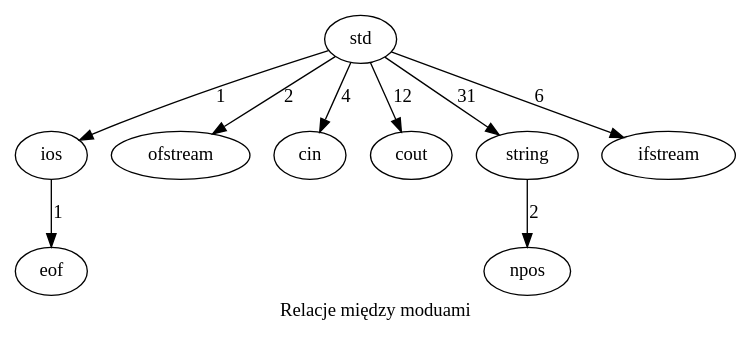
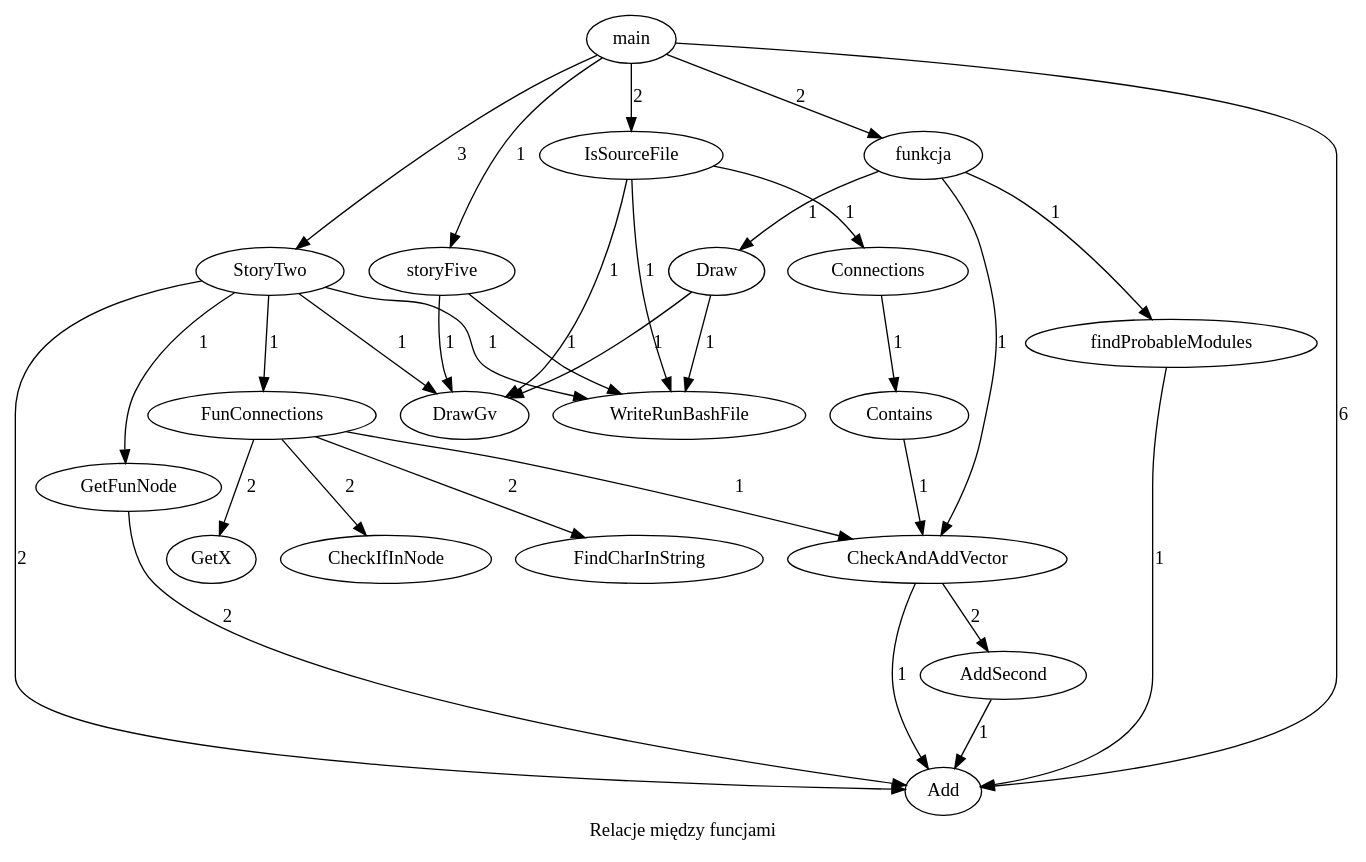
The diagram in Data.gv (Work-In-Progress-Bananna-Knife/A-La-Projet-Un-), drawn with Graphviz before and after one commit. The commit also changed 7 other files, not shown here.

```diff
--- a/Data.gv
+++ b/Data.gv
@@ -1,10 +1,33 @@
 digraph foo{
-label ="Relacje między moduami""std"->"ios" [label = "1"];
-"std"->"ofstream" [label = "2"];
-"std"->"cin" [label = "4"];
-"std"->"cout" [label = "12"];
-"std"->"string" [label = "31"];
-"std"->"ifstream" [label = "6"];
-"string"->"npos" [label = "2"];
-"ios"->"eof" [label = "1"];
+label ="Relacje między funcjami""main"->"storyFive" [label = "1"];
+"main"->"funkcja" [label = "2"];
+"main"->"StoryTwo" [label = "3"];
+"main"->"IsSourceFile" [label = "2"];
+"main"->"Add" [label = "6"];
+"AddSecond"->"Add" [label = "1"];
+"IsSourceFile"->"WriteRunBashFile" [label = "1"];
+"IsSourceFile"->"DrawGv" [label = "1"];
+"IsSourceFile"->"Connections" [label = "1"];
+"Contains"->"CheckAndAddVector" [label = "1"];
+"Connections"->"Contains" [label = "1"];
+"GetFunNode"->"Add" [label = "2"];
+"StoryTwo"->"WriteRunBashFile" [label = "1"];
+"StoryTwo"->"DrawGv" [label = "1"];
+"StoryTwo"->"FunConnections" [label = "1"];
+"StoryTwo"->"GetFunNode" [label = "1"];
+"StoryTwo"->"Add" [label = "2"];
+"FunConnections"->"FindCharInString" [label = "2"];
+"FunConnections"->"CheckAndAddVector" [label = "1"];
+"FunConnections"->"GetX" [label = "2"];
+"FunConnections"->"CheckIfInNode" [label = "2"];
+"CheckAndAddVector"->"Add" [label = "1"];
+"CheckAndAddVector"->"AddSecond" [label = "2"];
+"storyFive"->"WriteRunBashFile" [label = "1"];
+"storyFive"->"DrawGv" [label = "1"];
+"funkcja"->"Draw" [label = "1"];
+"funkcja"->"CheckAndAddVector" [label = "1"];
+"funkcja"->"findProbableModules" [label = "1"];
+"findProbableModules"->"Add" [label = "1"];
+"Draw"->"WriteRunBashFile" [label = "1"];
+"Draw"->"DrawGv" [label = "1"];
 }
```
